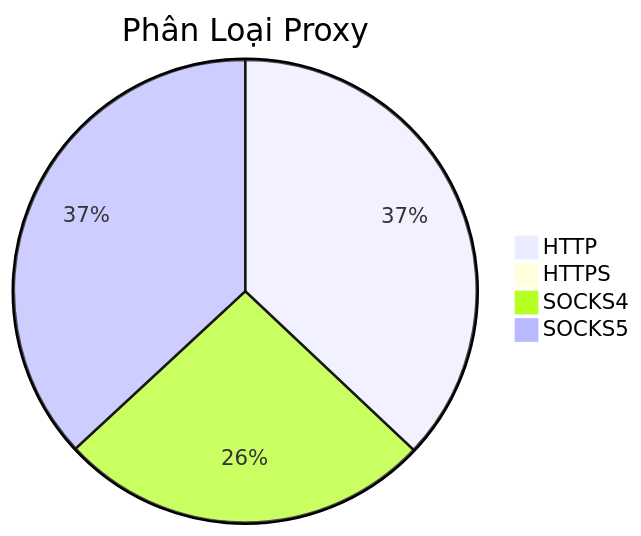
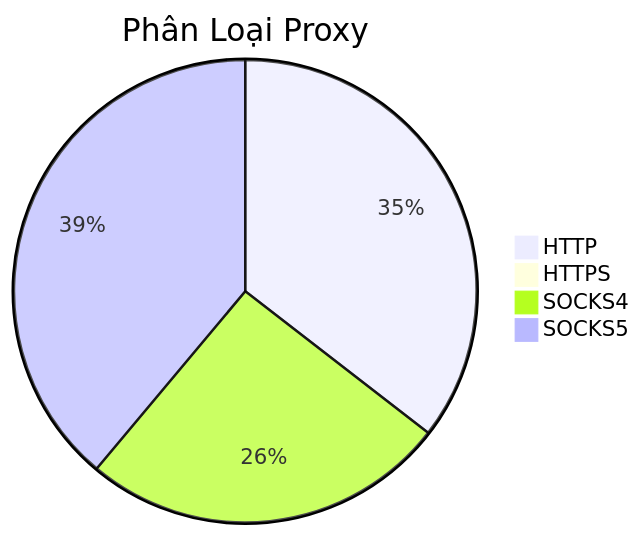
Before and after one commit to Ciara-12/PROXY-free: the diagram in README.md, drawn with Mermaid. The commit also changed other lines of this file and 4 other files, not shown here.

````diff
--- a/README.md
+++ b/README.md
@@ -26,7 +26,7 @@
 ```mermaid
 pie title Phân Loại Proxy
-    "HTTP" : 287
-    "HTTPS" : 3
-    "SOCKS4" : 202
-    "SOCKS5" : 286
+    "HTTP" : 291
+    "HTTPS" : 2
+    "SOCKS4" : 210
+    "SOCKS5" : 319
 ```
````
